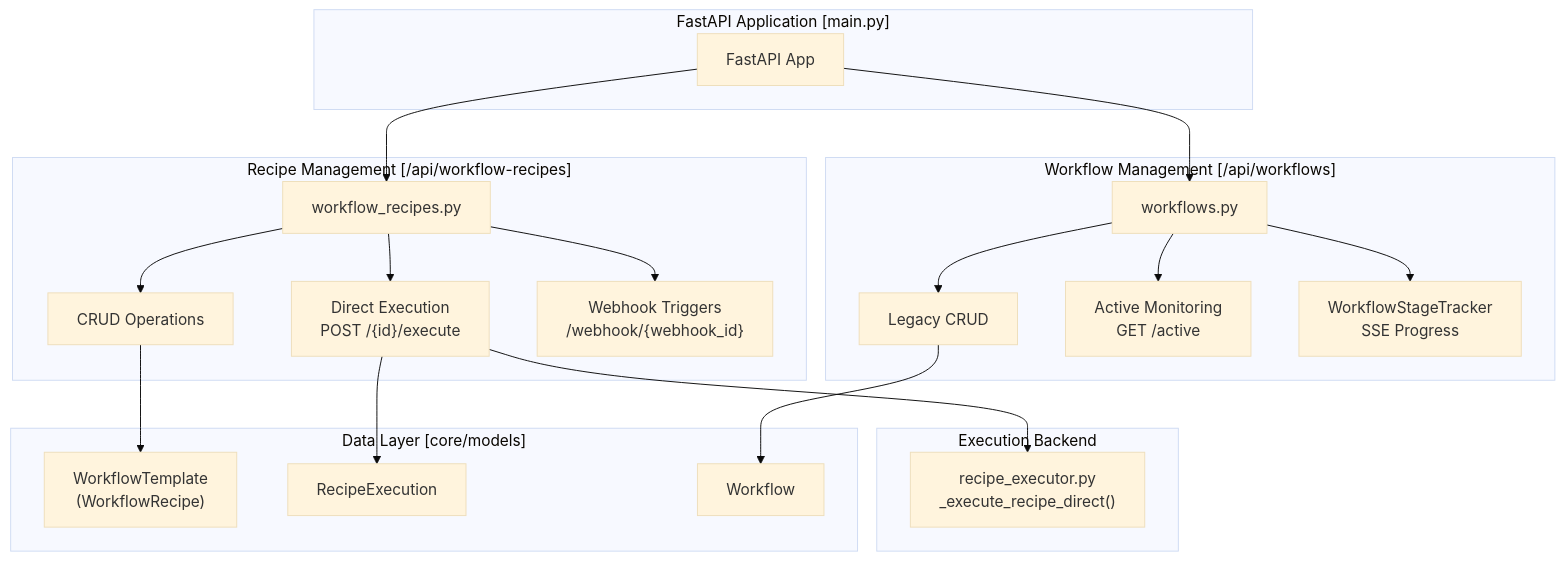
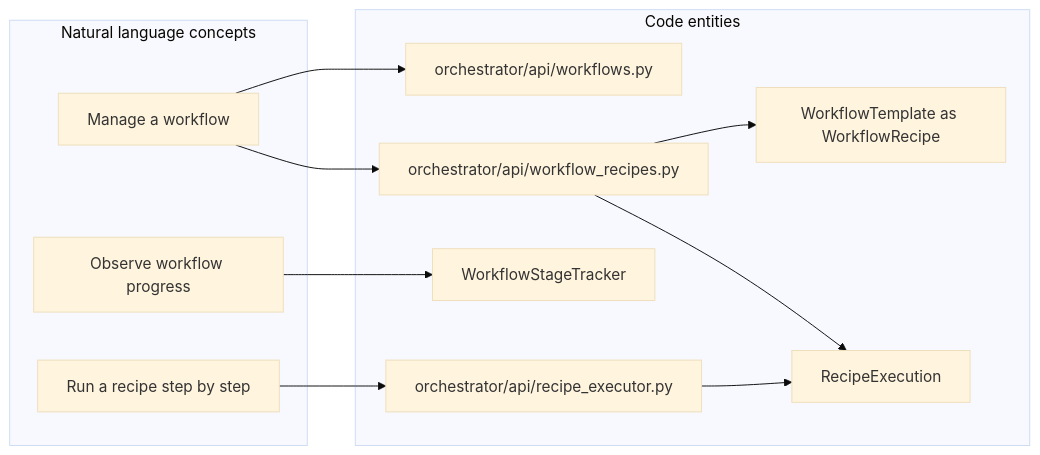
One commit to AutomatosAI/automatos-ai changed the first of 4 diagrams in docs/workflows-recipes/workflow-api-reference.md. Above: the diagram before and after it, drawn with Mermaid (base theme). The commit also changed other lines of this file and 188 other files, not shown here.

First line of the commit message:
docs: refresh architecture docs and add coverage for new subsystems (#1416)

````diff
--- a/docs/workflows-recipes/workflow-api-reference.md
+++ b/docs/workflows-recipes/workflow-api-reference.md
@@ -49,47 +53,25 @@
 ```mermaid
-graph TB
-    subgraph "FastAPI Application [main.py]"
-        Main["FastAPI App"]
+graph LR
+    subgraph NaturalLanguageSpace["Natural language concepts"]
+        Intent["Manage a workflow"]
+        RecipeIntent["Run a recipe step by step"]
+        Progress["Observe workflow progress"]
     end
-    
-    subgraph "Recipe Management [/api/workflow-recipes]"
-        RecipeRouter["workflow_recipes.py"]
-        RecipeCRUD["CRUD Operations"]
-        RecipeExec["Direct Execution<br/>POST /{id}/execute"]
-        RecipeWebhooks["Webhook Triggers<br/>/webhook/{webhook_id}"]
-        
-        RecipeRouter --> RecipeCRUD
-        RecipeRouter --> RecipeExec
-        RecipeRouter --> RecipeWebhooks
+
+    subgraph CodeEntitySpace["Code entities"]
+        WorkflowsRouter["orchestrator/api/workflows.py"]
+        RecipesRouter["orchestrator/api/workflow_recipes.py"]
+        Tracker["WorkflowStageTracker"]
+        Executor["orchestrator/api/recipe_executor.py"]
+        RecipeModel["WorkflowTemplate as WorkflowRecipe"]
+        ExecutionModel["RecipeExecution"]
     end
-    
-    subgraph "Workflow Management [/api/workflows]"
-        WorkflowRouter["workflows.py"]
-        WorkflowCRUD["Legacy CRUD"]
-        WorkflowActive["Active Monitoring<br/>GET /active"]
-        WorkflowTracker["WorkflowStageTracker<br/>SSE Progress"]
-        
-        WorkflowRouter --> WorkflowCRUD
-        WorkflowRouter --> WorkflowActive
-        WorkflowRouter --> WorkflowTracker
-    end
-    
-    subgraph "Execution Backend"
-        RecipeExecutor["recipe_executor.py<br/>_execute_recipe_direct()"]
-        
-        RecipeExec --> RecipeExecutor
-    end
-    
-    subgraph "Data Layer [core/models]"
-        WorkflowRecipeModel["WorkflowTemplate<br/>(WorkflowRecipe)"]
-        RecipeExecutionModel["RecipeExecution"]
-        WorkflowModel["Workflow"]
-        
-        RecipeCRUD --> WorkflowRecipeModel
-        RecipeExec --> RecipeExecutionModel
-        WorkflowCRUD --> WorkflowModel
-    end
-    
-    Main --> RecipeRouter
-    Main --> WorkflowRouter
+
+    Intent --> WorkflowsRouter
+    Intent --> RecipesRouter
+    Progress --> Tracker
+    RecipeIntent --> Executor
+    RecipesRouter --> RecipeModel
+    RecipesRouter --> ExecutionModel
+    Executor --> ExecutionModel
 ```
````
